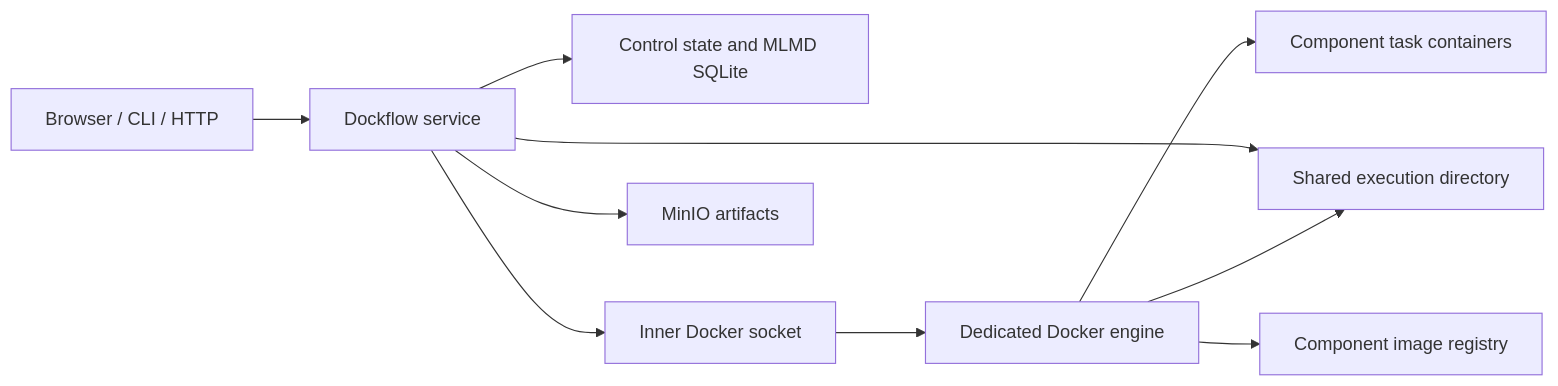
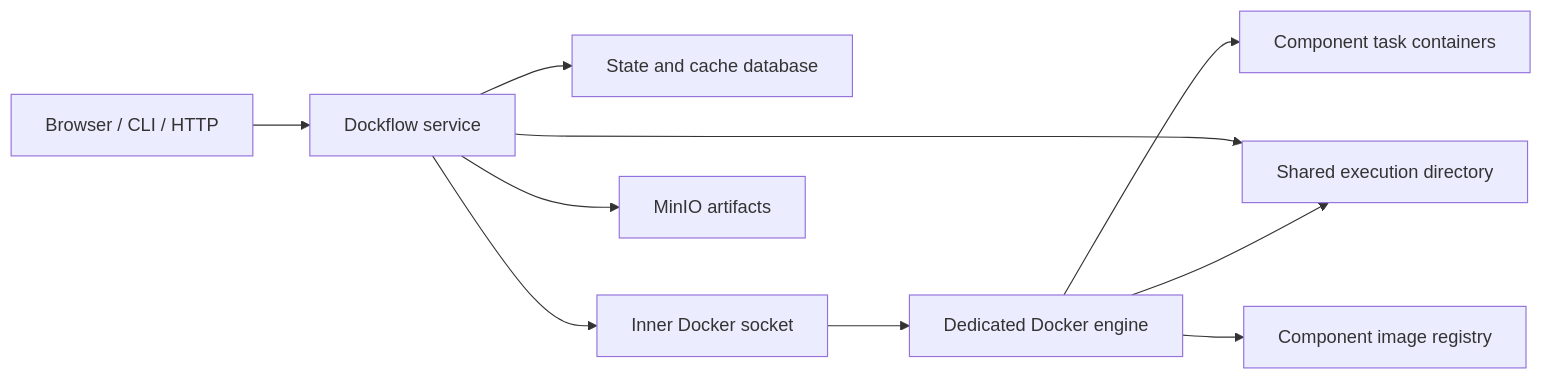
Before and after one commit to dockflow-project/dockflow: the diagram in docs/deployment.md, drawn with Mermaid. The commit also changed other lines of this file and 179 other files, not shown here.

````diff
--- a/docs/deployment.md
+++ b/docs/deployment.md
@@ -42,12 +42,12 @@
 ```mermaid
 flowchart LR
     Client[Browser / CLI / HTTP] --> API[Dockflow service]
-    API --> State[Control state and MLMD SQLite]
+    API --> State[State and cache database]
     API --> Socket[Inner Docker socket]
     Socket --> Engine[Dedicated Docker engine]
     Engine --> Task[Component task containers]
     API --> Work[Shared execution directory]
     Engine --> Work
     API --> Store[MinIO artifacts]
     Engine --> Registry[Component image registry]
 ```
````
